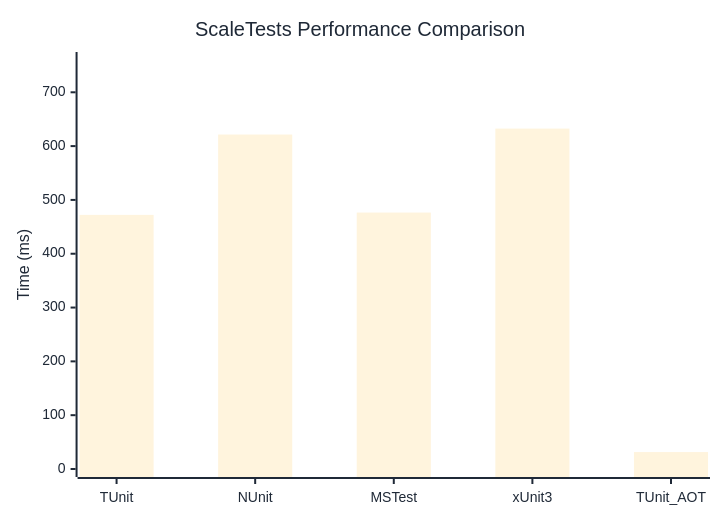
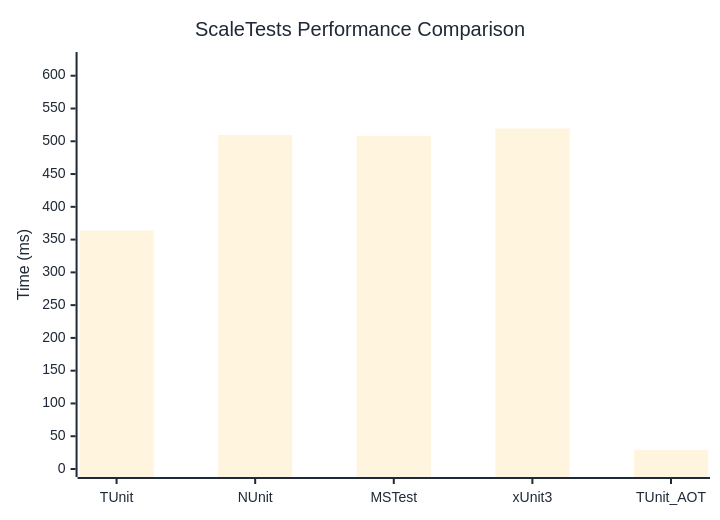
Before and after one commit to thomhurst/TUnit: the diagram in docs/docs/benchmarks/ScaleTests.md, drawn with Mermaid. The commit also changed other lines of this file and 17 other files, not shown here.

````diff
--- a/docs/docs/benchmarks/ScaleTests.md
+++ b/docs/docs/benchmarks/ScaleTests.md
@@ -27,37 +27,37 @@
 ```mermaid
 %%{init: {
   'theme':'base',
   'themeVariables': {
     'primaryColor': '#2563eb',
     'primaryTextColor': '#1f2937',
     'primaryBorderColor': '#1e40af',
     'lineColor': '#6b7280',
     'secondaryColor': '#7c3aed',
     'tertiaryColor': '#dc2626',
     'background': '#ffffff',
     'mainBkg': '#2563eb',
     'secondBkg': '#7c3aed',
     'tertiaryBkg': '#dc2626',
     'clusterBkg': '#f3f4f6',
     'edgeLabelBackground': '#ffffff',
     'tertiaryTextColor': '#1f2937',
     'pie1': '#2563eb',
     'pie2': '#7c3aed',
     'pie3': '#dc2626',
     'pie4': '#f59e0b',
     'pie5': '#10b981',
     'pie6': '#06b6d4',
     'pie7': '#ec4899',
     'pie8': '#6366f1',
     'pie9': '#84cc16',
     'pie10': '#f97316',
     'pie11': '#14b8a6',
     'pie12': '#a855f7'
   }
 }}%%
 xychart-beta
   title "ScaleTests Performance Comparison"
   x-axis ["TUnit", "NUnit", "MSTest", "xUnit3", "TUnit_AOT"]
-  y-axis "Time (ms)" 0 --> 760
-  bar [472.21, 621.5, 476.49, 632.53, 31.46]
+  y-axis "Time (ms)" 0 --> 624
+  bar [363.85, 509.45, 508.35, 519.42, 28.88]
 ```
````
